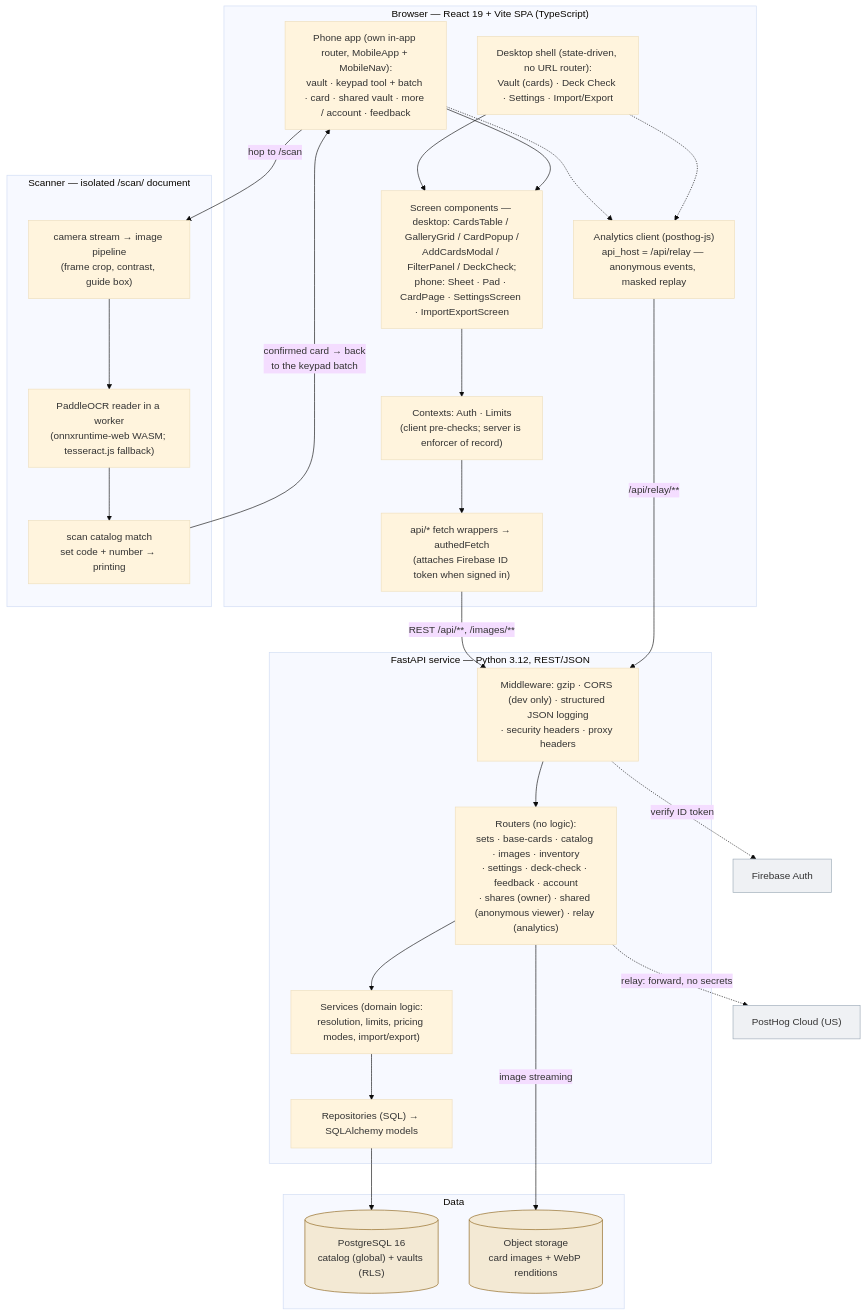
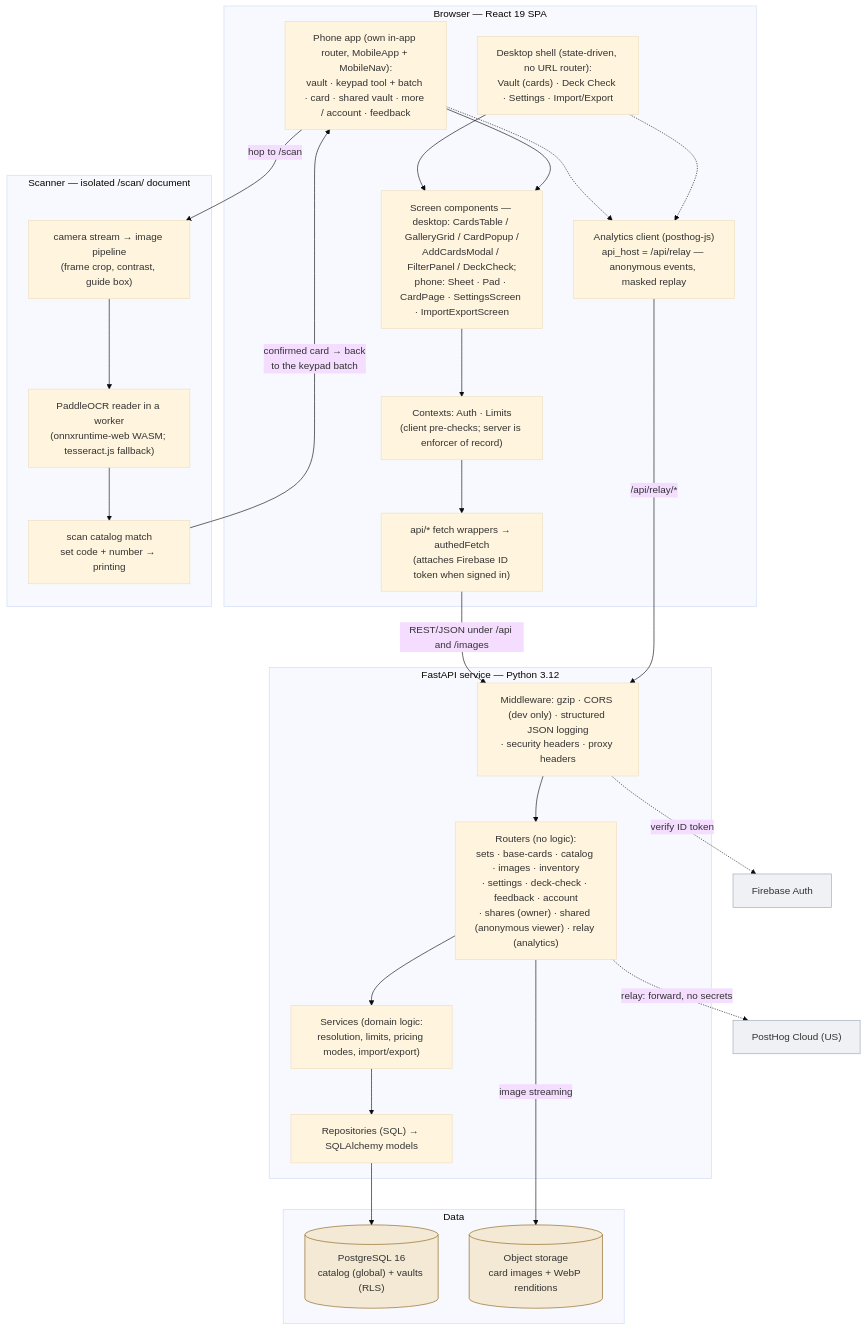
The first of 4 diagrams in specification_documents/architecture/Architecture_Logical.md (whitebreadisu/hyperspacevault), drawn with Mermaid (base theme) before and after one commit. The commit also changed other lines of this file and 5 other files, not shown here.

````diff
--- a/specification_documents/architecture/Architecture_Logical.md
+++ b/specification_documents/architecture/Architecture_Logical.md
@@ -15,53 +15,53 @@
 ```mermaid
 flowchart TB
-  subgraph browser["Browser — React 19 + Vite SPA (TypeScript)"]
+  subgraph browser["Browser — React 19 SPA"]
     desktop["Desktop shell (state-driven, no URL router):<br/>Vault (cards) · Deck Check · Settings · Import/Export"]
     phone["Phone app (own in-app router, MobileApp + MobileNav):<br/>vault · keypad tool + batch · card · shared vault · more / account · feedback"]
     comps["Screen components — desktop: CardsTable / GalleryGrid / CardPopup /<br/>AddCardsModal / FilterPanel / DeckCheck;<br/>phone: Sheet · Pad · CardPage · SettingsScreen · ImportExportScreen"]
     ctx["Contexts: Auth · Limits<br/>(client pre-checks; server is enforcer of record)"]
     analytics["Analytics client (posthog-js)<br/>api_host = /api/relay — anonymous events, masked replay"]
     api["api/* fetch wrappers → authedFetch<br/>(attaches Firebase ID token when signed in)"]
     desktop --> comps
     phone --> comps
     comps --> ctx --> api
     phone -.-> analytics
     desktop -.-> analytics
   end
 
   subgraph scan["Scanner — isolated /scan/ document"]
     stream["camera stream → image pipeline<br/>(frame crop, contrast, guide box)"]
     reader["PaddleOCR reader in a worker<br/>(onnxruntime-web WASM; tesseract.js fallback)"]
     match["scan catalog match<br/>set code + number → printing"]
     stream --> reader --> match
   end
   phone -->|"hop to /scan"| stream
   match -->|"confirmed card → back<br/>to the keypad batch"| phone
 
-  subgraph backend["FastAPI service — Python 3.12, REST/JSON"]
+  subgraph backend["FastAPI service — Python 3.12"]
     mw["Middleware: gzip · CORS (dev only) · structured JSON logging<br/>· security headers · proxy headers"]
     routers["Routers (no logic):<br/>sets · base-cards · catalog · images · inventory<br/>· settings · deck-check · feedback · account<br/>· shares (owner) · shared (anonymous viewer) · relay (analytics)"]
     services["Services (domain logic:<br/>resolution, limits, pricing modes, import/export)"]
     repos["Repositories (SQL) → SQLAlchemy models"]
     mw --> routers --> services --> repos
   end
 
   subgraph data["Data"]
     pg[("PostgreSQL 16<br/>catalog (global) + vaults (RLS)")]
     gcs[("Object storage<br/>card images + WebP renditions")]
   end
 
   firebase["Firebase Auth"]
   posthog["PostHog Cloud (US)"]
 
-  api -->|"REST /api/**, /images/**"| mw
-  analytics -->|"/api/relay/**"| mw
+  api -->|"REST/JSON under /api and /images"| mw
+  analytics -->|"/api/relay/*"| mw
   repos --> pg
   routers -->|"image streaming"| gcs
   routers -.->|"relay: forward, no secrets"| posthog
   mw -.->|"verify ID token"| firebase
 
   classDef store fill:#F3E9D4,stroke:#8A6116;
   class pg,gcs store;
   classDef ext fill:#EFF1F4,stroke:#9AA8B6;
   class firebase,posthog ext;
 ```
````
